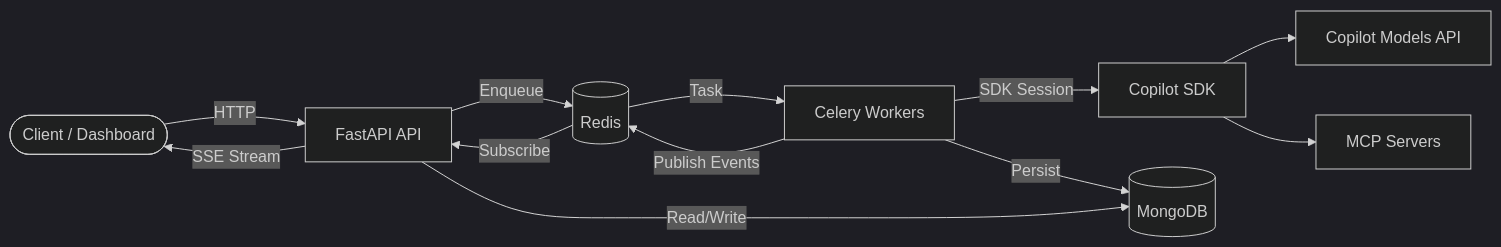
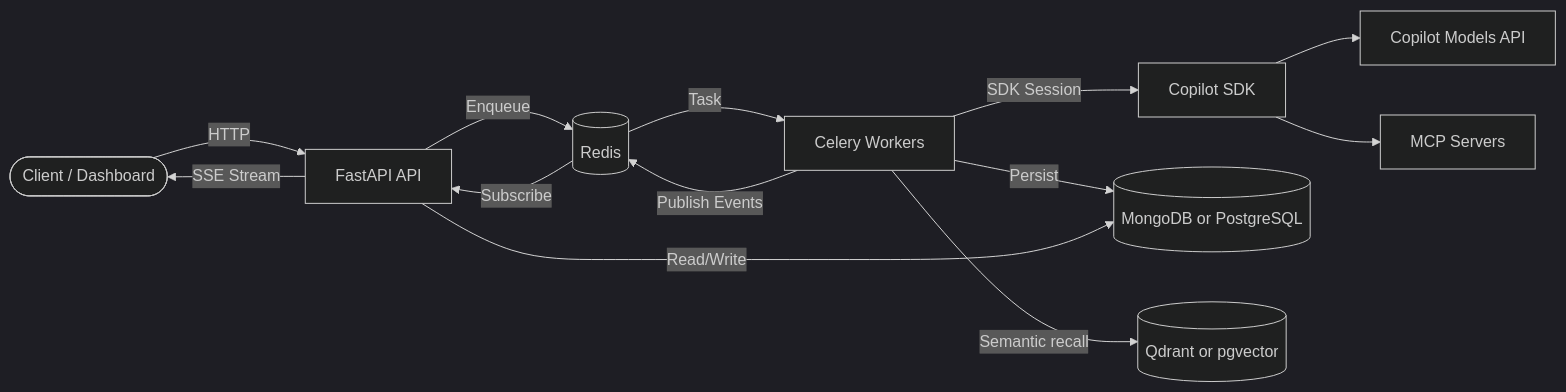
One commit to naaico-tech/tbd-agents changed the diagram in docs/index.md. Above: the diagram before and after it, drawn with Mermaid (dark theme). The commit also changed other lines of this file and 42 other files, not shown here.

````diff
--- a/docs/index.md
+++ b/docs/index.md
@@ -89,14 +93,15 @@
 ```mermaid
 graph LR
     Client([Client / Dashboard]) -->|HTTP| API[FastAPI API]
     API -->|Enqueue| Redis[(Redis)]
     Redis -->|Task| Worker[Celery Workers]
     Worker -->|SDK Session| SDK[Copilot SDK]
     SDK --> Models[Copilot Models API]
     SDK --> MCP[MCP Servers]
     Worker -->|Publish Events| Redis
     Redis -->|Subscribe| API
     API -->|SSE Stream| Client
-    Worker -->|Persist| Mongo[(MongoDB)]
-    API -->|Read/Write| Mongo
+    Worker -->|Persist| Store[(MongoDB or PostgreSQL)]
+    API -->|Read/Write| Store
+    Worker -->|Semantic recall| Vector[(Qdrant or pgvector)]
 ```
````
